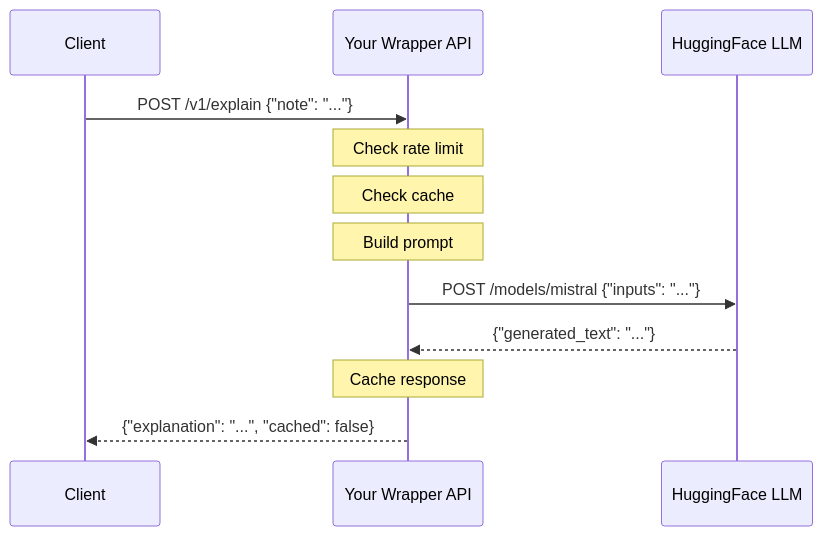
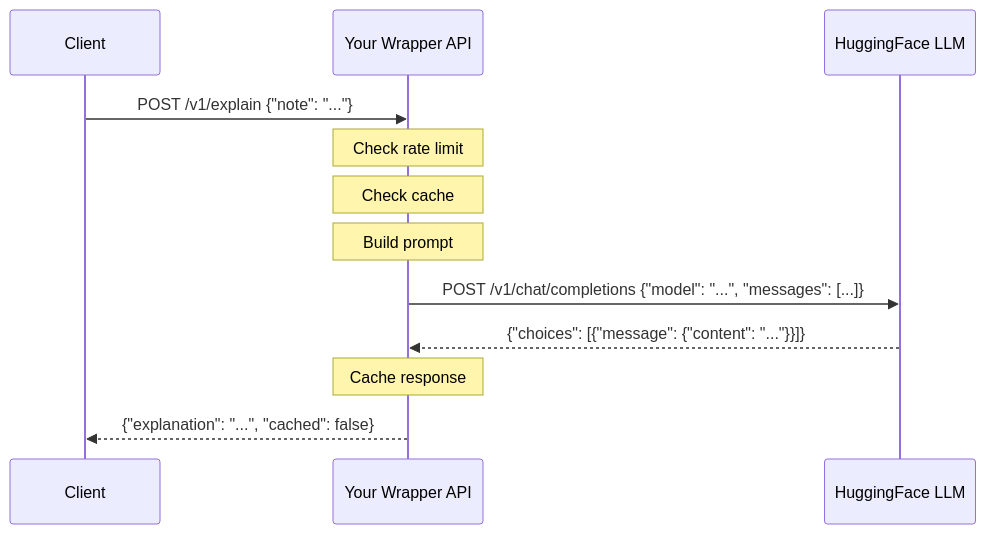
The diagram in lab_06_llm_api/README.md (po-DRA/API), drawn with Mermaid before and after one commit. The commit also changed other lines of this file and 2 other files, not shown here.

First line of the commit message:
Rewrite Lab 06 to use HuggingFace's new OpenAI-compatible API

````diff
--- a/lab_06_llm_api/README.md
+++ b/lab_06_llm_api/README.md
@@ -29,15 +29,15 @@
 ```mermaid
 sequenceDiagram
     participant Client
     participant YourAPI as Your Wrapper API
     participant HF as HuggingFace LLM
 
     Client->>YourAPI: POST /v1/explain {"note": "..."}
     Note over YourAPI: Check rate limit
     Note over YourAPI: Check cache
     Note over YourAPI: Build prompt
-    YourAPI->>HF: POST /models/mistral {"inputs": "..."}
-    HF-->>YourAPI: {"generated_text": "..."}
+    YourAPI->>HF: POST /v1/chat/completions {"model": "...", "messages": [...]}
+    HF-->>YourAPI: {"choices": [{"message": {"content": "..."}}]}
     Note over YourAPI: Cache response
     YourAPI-->>Client: {"explanation": "...", "cached": false}
 ```
````
